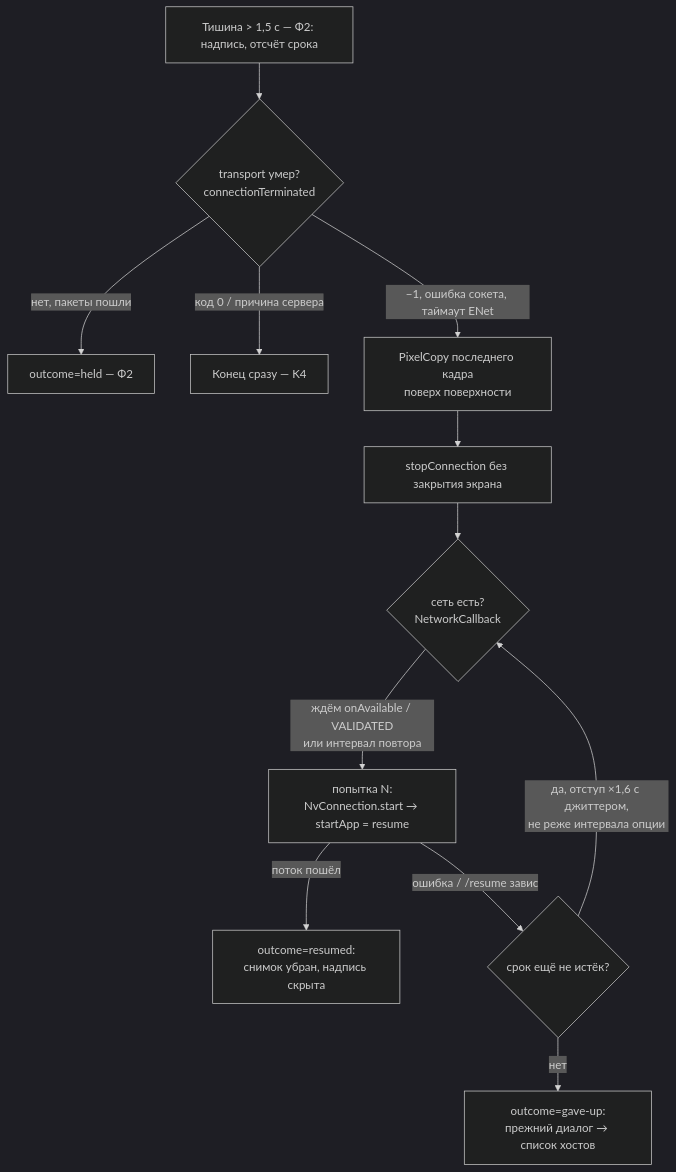
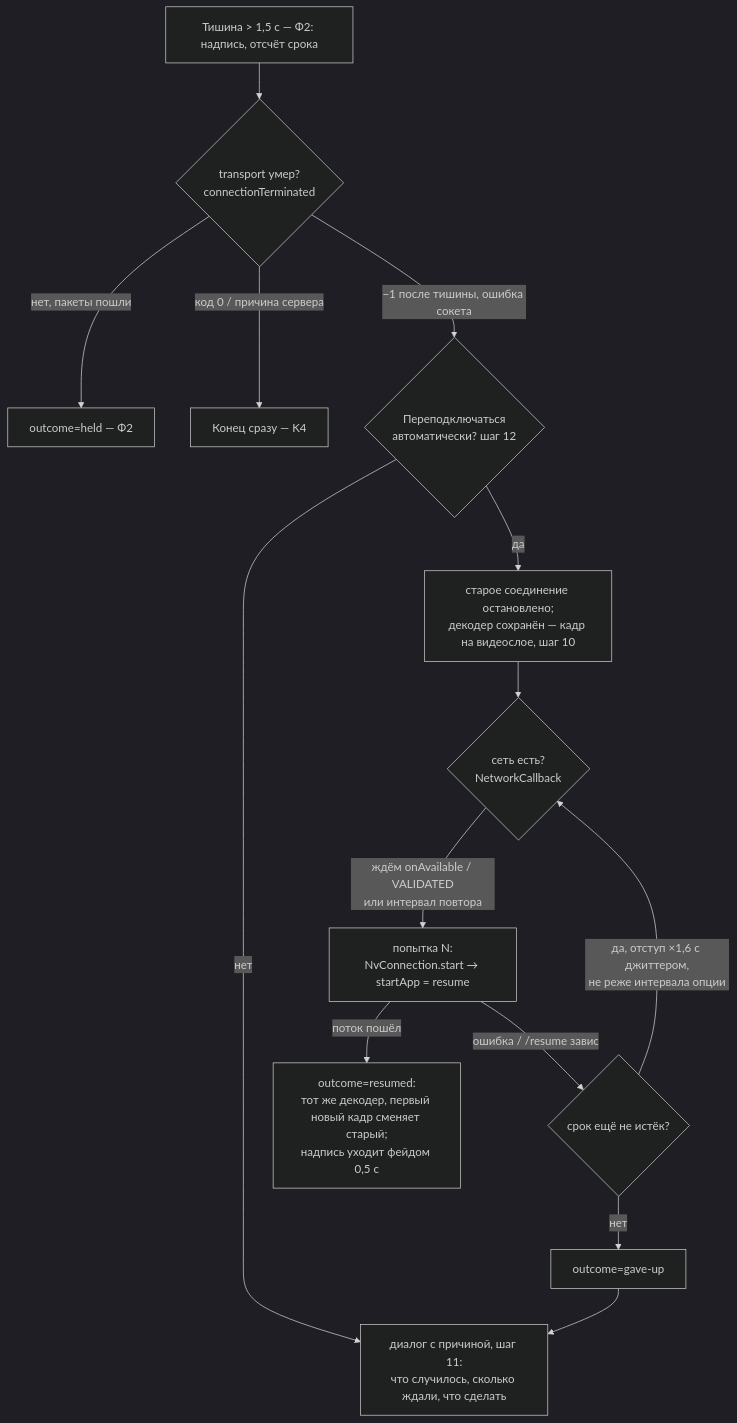
One commit to MikalaiKryvusha/KAST changed the diagram in plans/06_epic02_F3_resume.md. Above: the diagram before and after it, drawn with Mermaid (dark theme). The commit also changed other lines of this file, not shown here.

First line of the commit message:
docs(план 06): направление владельца — живое соединение не разбирать; переподключение только для умершего, с прежним декодером, без снимка; диалог с причиной; настройка автопереподключения

````diff
--- a/plans/06_epic02_F3_resume.md
+++ b/plans/06_epic02_F3_resume.md
@@ -39,14 +54,15 @@
 ```mermaid
 flowchart TD
     T0[Тишина > 1,5 с — Ф2: надпись, отсчёт срока] --> Q{transport умер?<br/>connectionTerminated}
     Q -- нет, пакеты пошли --> H[outcome=held — Ф2]
     Q -- код 0 / причина сервера --> E[Конец сразу — K4]
-    Q -- −1, ошибка сокета, таймаут ENet --> P[PixelCopy последнего кадра<br/>поверх поверхности]
-    P --> S[stopConnection без закрытия экрана]
+    Q -- −1 после тишины, ошибка сокета --> O{Переподключаться<br/>автоматически? шаг 12}
+    O -- нет --> D
+    O -- да --> S[старое соединение остановлено;<br/>декодер сохранён — кадр на видеослое, шаг 10]
     S --> W{сеть есть?<br/>NetworkCallback}
     W -- ждём onAvailable / VALIDATED<br/>или интервал повтора --> A[попытка N:<br/>NvConnection.start → startApp = resume]
-    A -- поток пошёл --> R[outcome=resumed:<br/>снимок убран, надпись скрыта]
+    A -- поток пошёл --> R[outcome=resumed:<br/>тот же декодер, первый новый кадр сменяет старый;<br/>надпись уходит фейдом 0,5 с]
     A -- ошибка / /resume завис --> B{срок ещё не истёк?}
     B -- да, отступ ×1,6 с джиттером,<br/>не реже интервала опции --> W
-    B -- нет --> G[outcome=gave-up:<br/>прежний диалог → список хостов]
+    B -- нет --> G[outcome=gave-up] --> D[диалог с причиной, шаг 11:<br/>что случилось, сколько ждали, что сделать]
 ```
````
